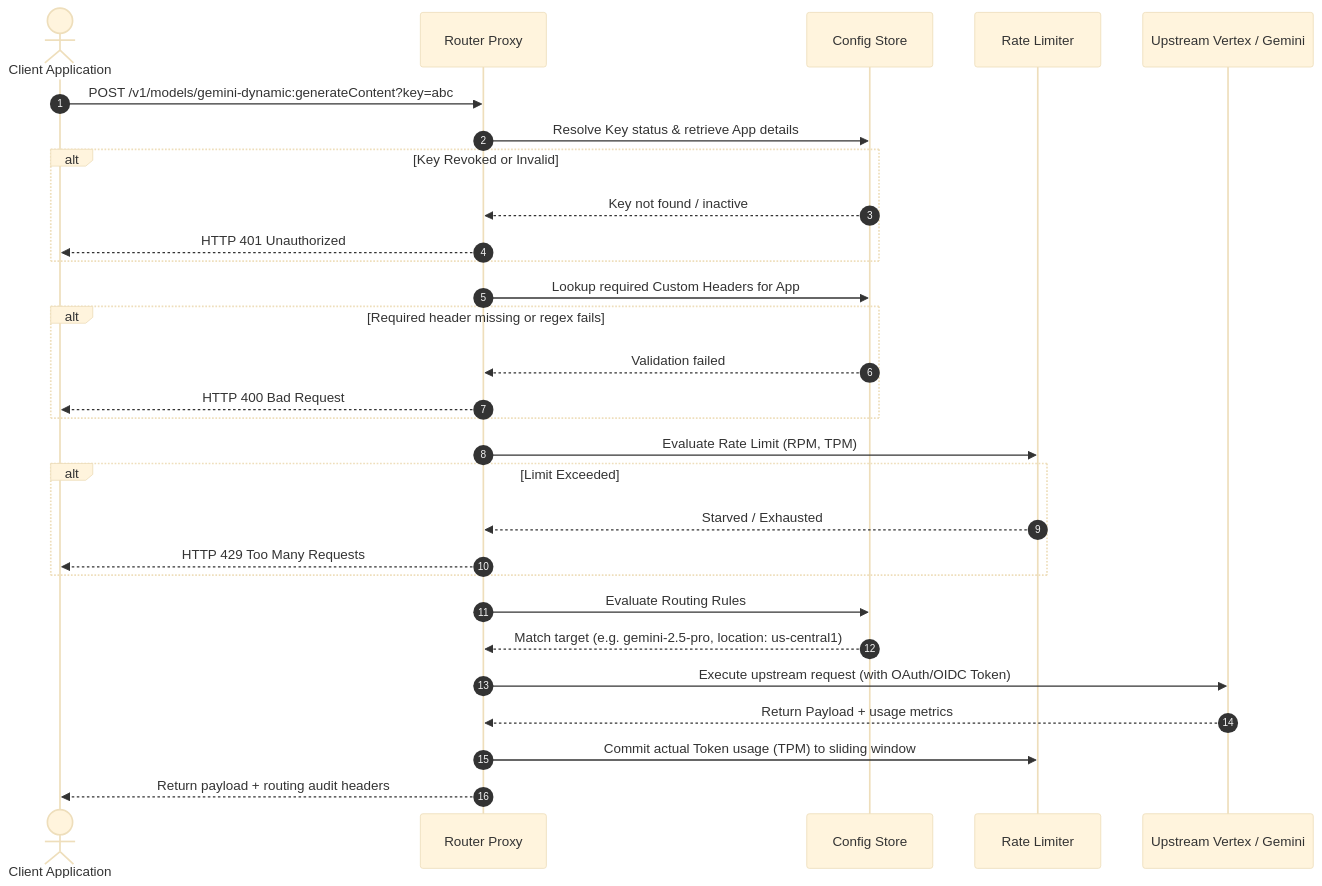
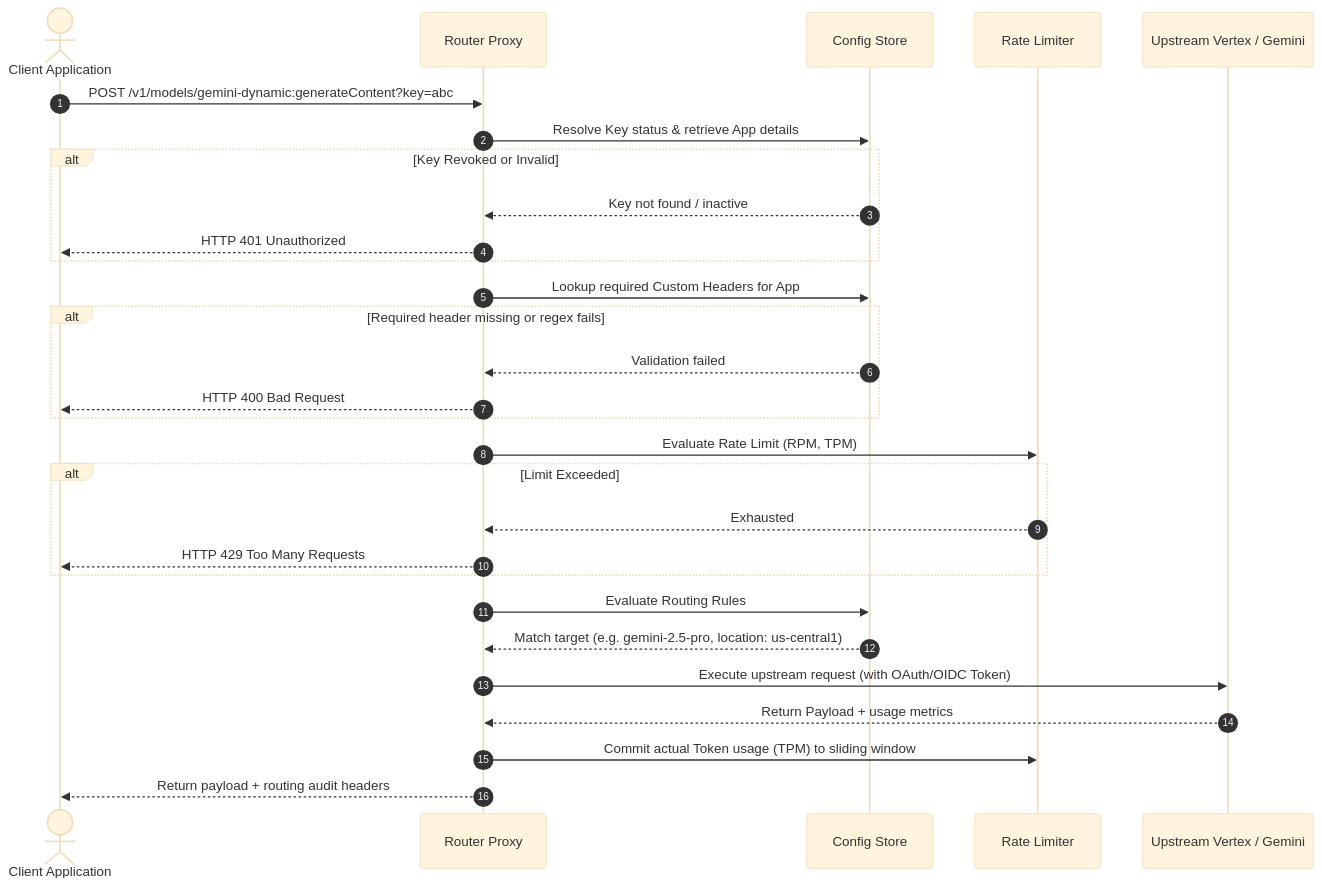
Before and after one commit to davenportjw/smartrouter: the second of 3 diagrams in docs/architecture/overview.md, drawn with Mermaid (base theme). The commit also changed other lines of this file and 14 other files, not shown here.

````diff
--- a/docs/architecture/overview.md
+++ b/docs/architecture/overview.md
@@ -49,38 +48,38 @@
 ```mermaid
 sequenceDiagram
     autonumber
     actor ClientApp as Client Application
     participant Proxy as Router Proxy
     participant Store as Config Store
     participant Limiter as Rate Limiter
     participant Vertex as Upstream Vertex / Gemini
 
     ClientApp->>Proxy: POST /v1/models/gemini-dynamic:generateContent?key=abc
     
     Proxy->>Store: Resolve Key status & retrieve App details
     alt Key Revoked or Invalid
         Store-->>Proxy: Key not found / inactive
         Proxy-->>ClientApp: HTTP 401 Unauthorized
     end
     
     Proxy->>Store: Lookup required Custom Headers for App
     alt Required header missing or regex fails
         Store-->>Proxy: Validation failed
         Proxy-->>ClientApp: HTTP 400 Bad Request
     end
 
     Proxy->>Limiter: Evaluate Rate Limit (RPM, TPM)
     alt Limit Exceeded
-        Limiter-->>Proxy: Starved / Exhausted
+        Limiter-->>Proxy: Exhausted
         Proxy-->>ClientApp: HTTP 429 Too Many Requests
     end
 
     Proxy->>Store: Evaluate Routing Rules
     Store-->>Proxy: Match target (e.g. gemini-2.5-pro, location: us-central1)
 
     Proxy->>Vertex: Execute upstream request (with OAuth/OIDC Token)
     Vertex-->>Proxy: Return Payload + usage metrics
     
     Proxy->>Limiter: Commit actual Token usage (TPM) to sliding window
     Proxy-->>ClientApp: Return payload + routing audit headers
 ```
````
